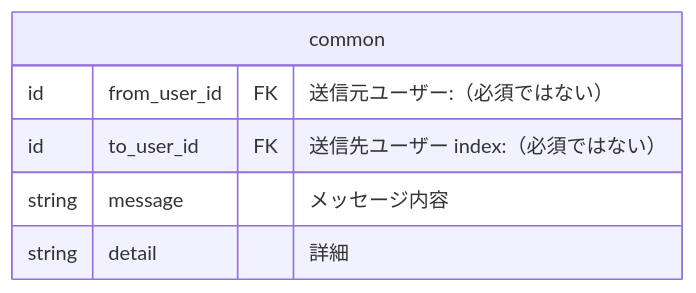
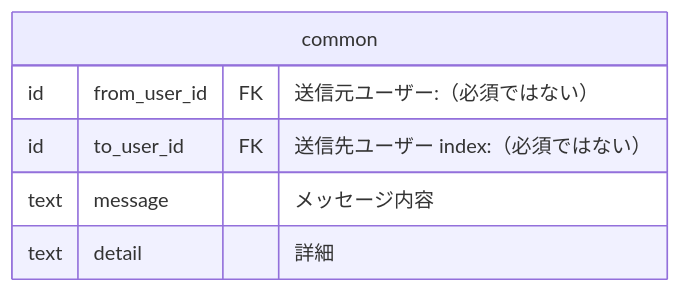
Before and after one commit to bright-org/bright: the first of 6 diagrams in docs/conceptual_schemas/notifications.md, drawn with Mermaid. The commit also changed other lines of this file, not shown here.

````diff
--- a/docs/conceptual_schemas/notifications.md
+++ b/docs/conceptual_schemas/notifications.md
@@ -7,9 +7,9 @@
 ```mermaid
 erDiagram
   common {
     id from_user_id	FK "送信元ユーザー:（必須ではない）"
     id to_user_id	FK "送信先ユーザー index:（必須ではない）"
-    string message	"メッセージ内容"
-    string detail	"詳細"
+    text message	"メッセージ内容"
+    text detail	"詳細"
   }
 ```
````
